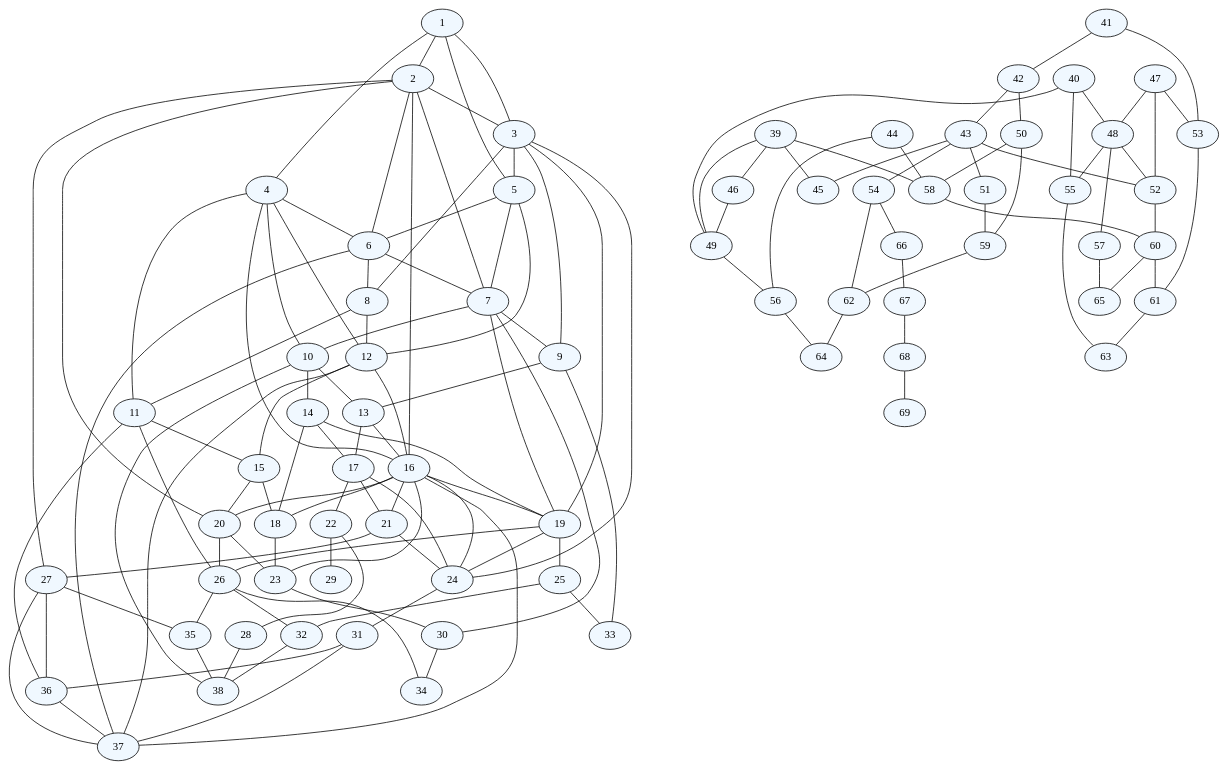
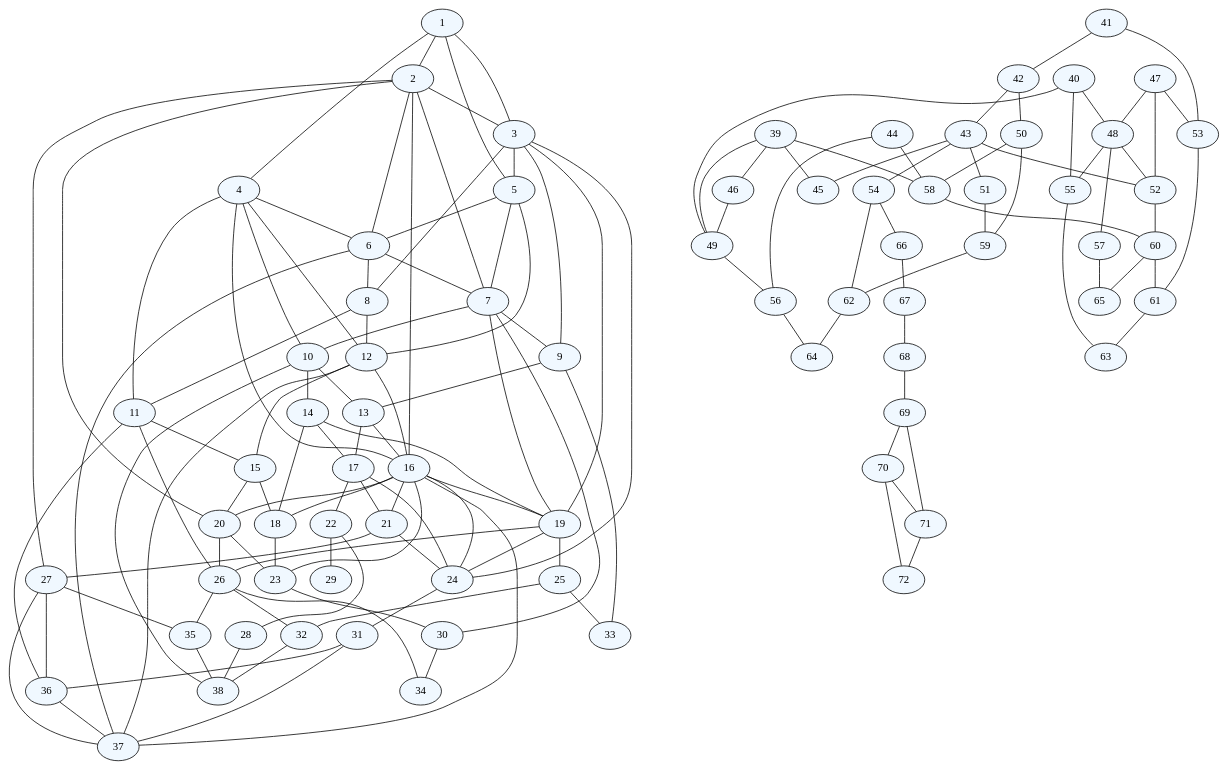
One commit to unfou3/Topic-2 changed the diagram in Last/dothitomau.dot. Above: the diagram before and after it, drawn with Graphviz. The commit also changed 8 other files, not shown here.

```diff
--- a/Last/dothitomau.dot
+++ b/Last/dothitomau.dot
@@ -69,6 +69,9 @@
 67 [fillcolor=aliceblue, style=filled];
 68 [fillcolor=aliceblue, style=filled];
 69 [fillcolor=aliceblue, style=filled];
+70 [fillcolor=aliceblue, style=filled];
+71 [fillcolor=aliceblue, style=filled];
+72 [fillcolor=aliceblue, style=filled];
 1 -- 2;
 1 -- 3;
 1 -- 4;
@@ -200,4 +203,9 @@
 66 -- 67;
 67 -- 68;
 68 -- 69;
+69 -- 70;
+69 -- 71;
+70 -- 71;
+70 -- 72;
+71 -- 72;
 }
```
